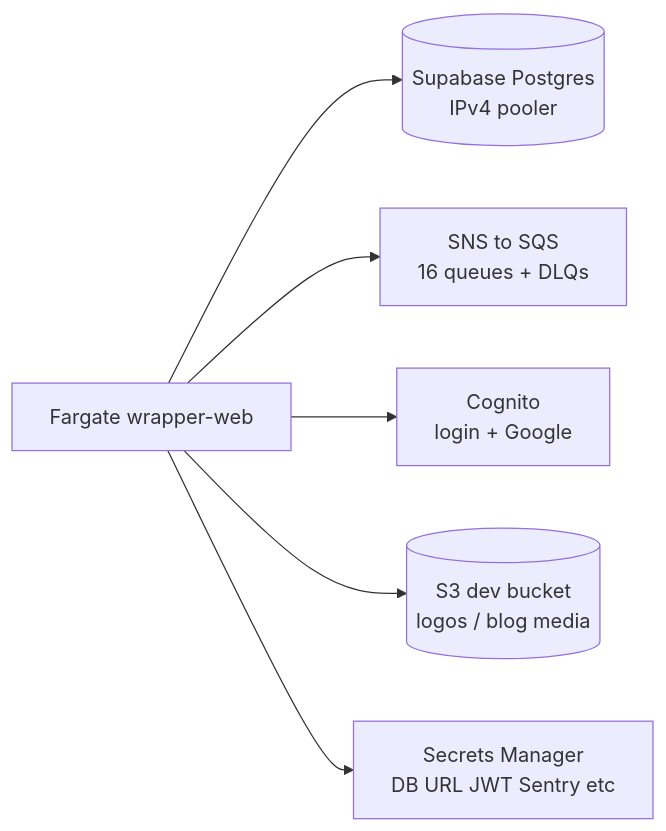
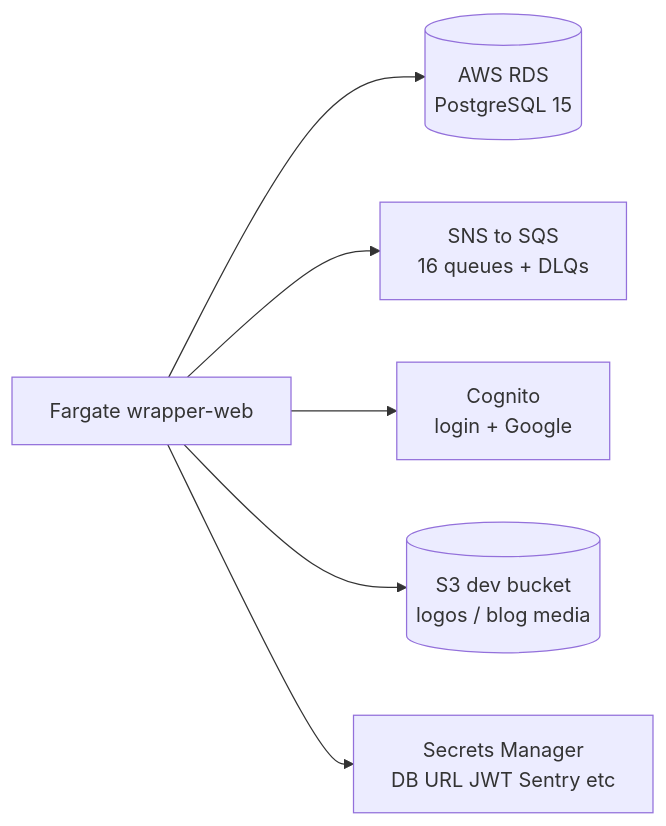
One commit to ZOPKIT-CODE/infra changed the third of 7 diagrams in ARCHITECTURE.md. Above: the diagram before and after it, drawn with Mermaid. The commit also changed other lines of this file, not shown here.

First line of the commit message:
docs: refresh for Cognito + RDS + ECS; fix links after stale-doc removal

````diff
--- a/ARCHITECTURE.md
+++ b/ARCHITECTURE.md
@@ -95,16 +95,16 @@
 ```mermaid
 flowchart LR
   api["Fargate wrapper-web"]
 
-  db[("Supabase Postgres<br/>IPv4 pooler")]
+  db[("AWS RDS<br/>PostgreSQL 15")]
   msg["SNS to SQS<br/>16 queues + DLQs"]
   auth["Cognito<br/>login + Google"]
   media[("S3 dev bucket<br/>logos / blog media")]
   secrets["Secrets Manager<br/>DB URL JWT Sentry etc"]
 
   api --> db
   api --> msg
   api --> auth
   api --> media
   api --> secrets
 ```
````
